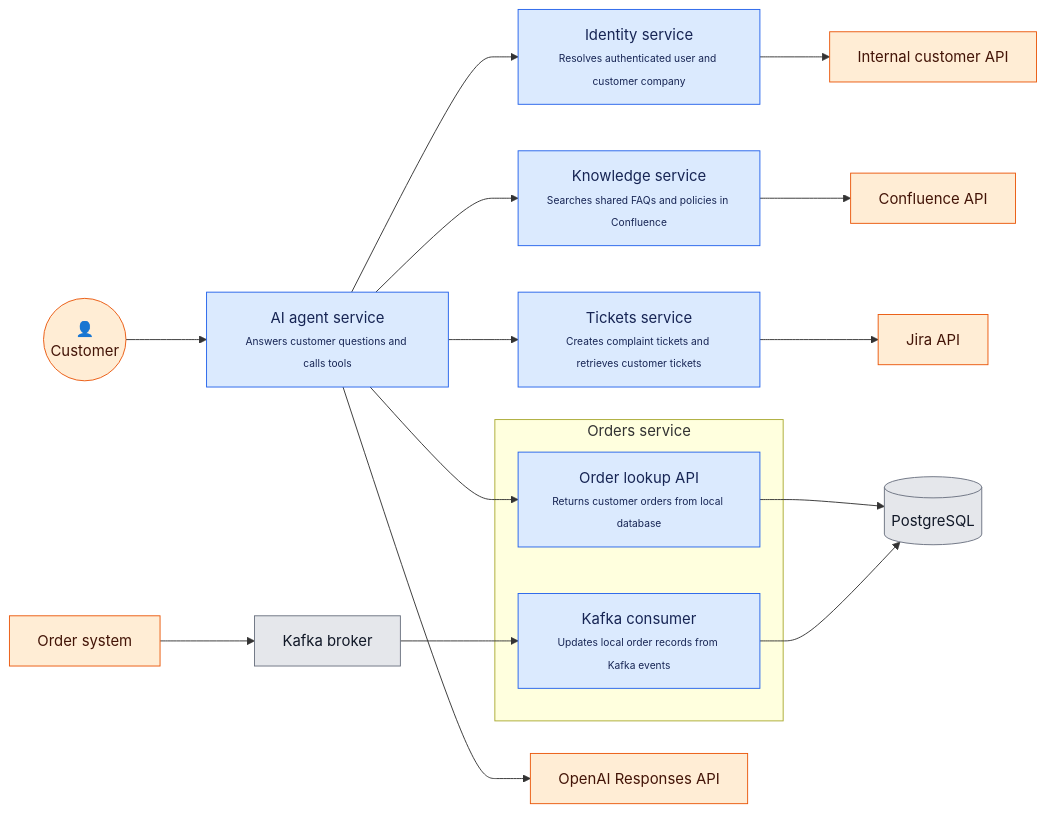
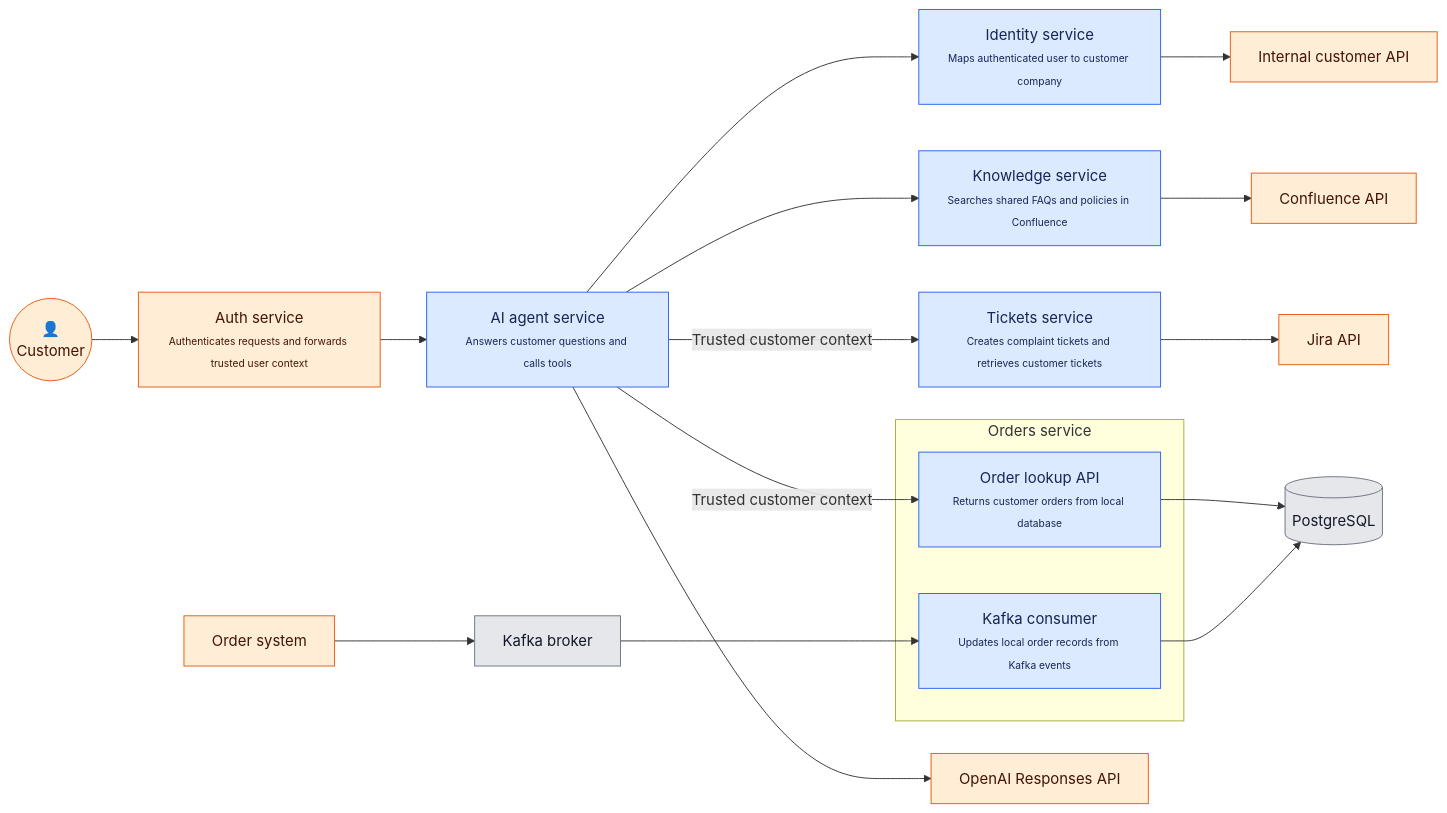
The diagram in README.md (ocryle/orders-exercise), drawn with Mermaid before and after one commit. The commit also changed other lines of this file, not shown here.

````diff
--- a/README.md
+++ b/README.md
@@ -9,26 +7,27 @@
 ```mermaid
 flowchart LR
-    User(("👤<br/>Customer")) --> Agent["AI agent service<br/><span style='font-size:11px'>Answers customer questions and calls tools</span>"]
-    Agent --> Identity["Identity service<br/><span style='font-size:11px'>Resolves authenticated user and customer company</span>"]
+    User(("👤<br/>Customer")) --> Authentication["Auth service<br/><span style='font-size:11px'>Authenticates requests and forwards trusted user context</span>"]
+    Authentication --> Agent["AI agent service<br/><span style='font-size:11px'>Answers customer questions and calls tools</span>"]
+    Agent --> Identity["Identity service<br/><span style='font-size:11px'>Maps authenticated user to customer company</span>"]
     Agent --> Knowledge["Knowledge service<br/><span style='font-size:11px'>Searches shared FAQs and policies in Confluence</span>"]
-    Agent --> Tickets["Tickets service<br/><span style='font-size:11px'>Creates complaint tickets and retrieves customer tickets</span>"]
-    Agent --> OrdersAPI
+    Agent -->|Trusted customer context| Tickets["Tickets service<br/><span style='font-size:11px'>Creates complaint tickets and retrieves customer tickets</span>"]
+    Agent -->|Trusted customer context| OrdersAPI
     Agent --> OpenAI[OpenAI Responses API]
     Identity --> Directory[Internal customer API]
     Knowledge --> Confluence[Confluence API]
     Tickets --> Jira[Jira API]
     subgraph Orders[Orders service]
         OrdersAPI["Order lookup API<br/><span style='font-size:11px'>Returns customer orders from local database</span>"]
         Consumer["Kafka consumer<br/><span style='font-size:11px'>Updates local order records from Kafka events</span>"]
     end
     OrdersAPI --> DB[(PostgreSQL)]
     Consumer --> DB
     Upstream[Order system] --> Kafka[Kafka broker]
     Kafka --> Consumer
     classDef application fill:#dbeafe,stroke:#2563eb,color:#172554
     classDef external fill:#ffedd5,stroke:#ea580c,color:#431407
     classDef infrastructure fill:#e5e7eb,stroke:#6b7280,color:#111827
     class Agent,Identity,Knowledge,Tickets,OrdersAPI,Consumer application
-    class User,OpenAI,Directory,Confluence,Jira,Upstream external
+    class Authentication,User,OpenAI,Directory,Confluence,Jira,Upstream external
     class DB,Kafka infrastructure
 ```
````
